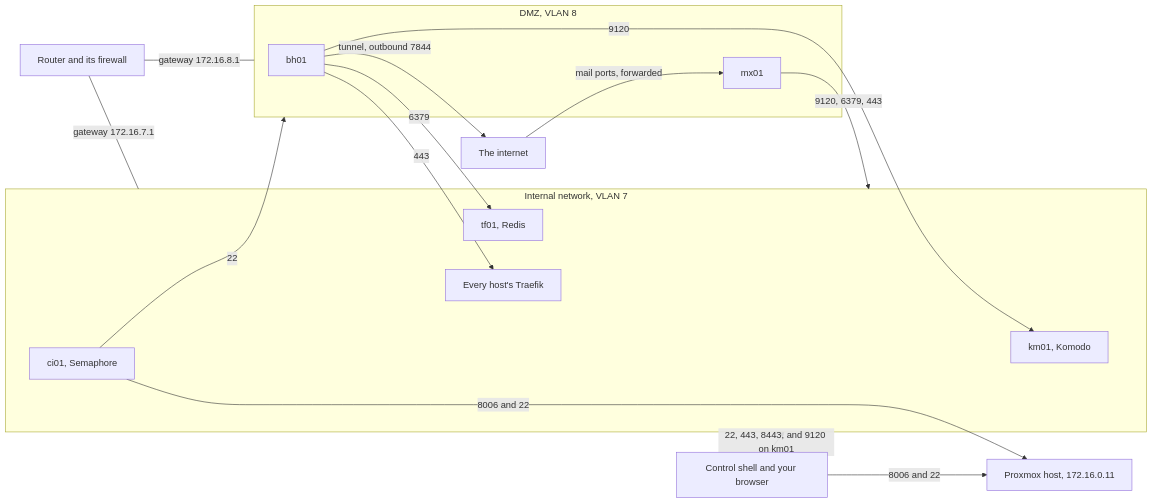
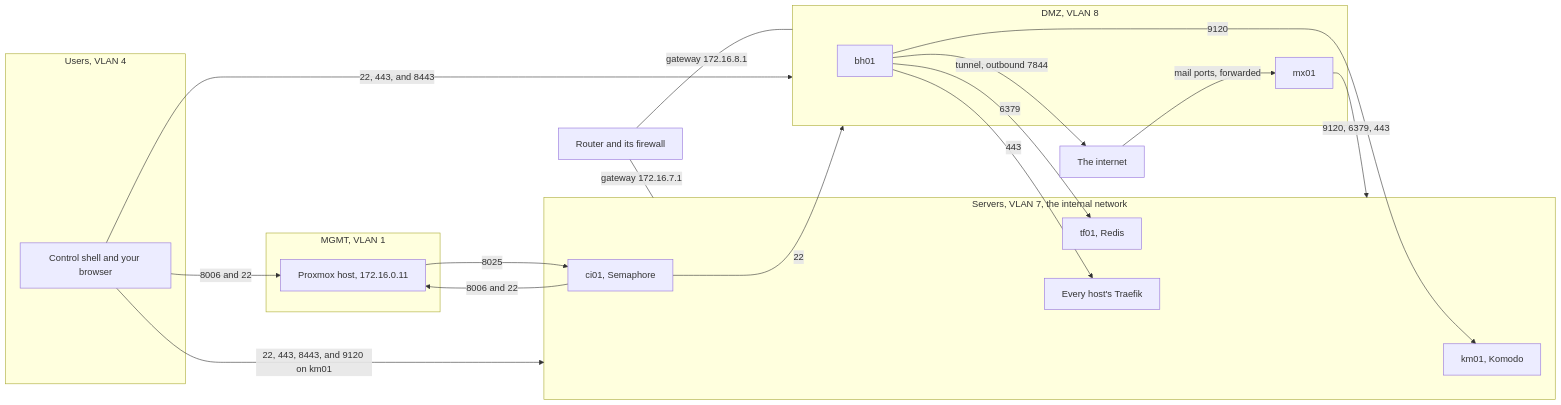
One commit to myah-mitchell/docs changed the diagram in content/fleet-bootstrap/concepts/the-network.md. Above: the diagram before and after it, drawn with Mermaid. The commit also changed other lines of this file and 3 other files, not shown here.

````diff
--- a/content/fleet-bootstrap/concepts/the-network.md
+++ b/content/fleet-bootstrap/concepts/the-network.md
@@ -89,29 +109,35 @@
 ```mermaid
 flowchart LR
-  shell[Control shell and your browser]
   internet[The internet]
   router[Router and its firewall]
-  proxmox[Proxmox host, 172.16.0.11]
-  subgraph internal[Internal network, VLAN 7]
+  subgraph users[Users, VLAN 4]
+    shell[Control shell and your browser]
+  end
+  subgraph mgmt[MGMT, VLAN 1]
+    proxmox[Proxmox host, 172.16.0.11]
+  end
+  subgraph internal[Servers, VLAN 7, the internal network]
     km01[km01, Komodo]
     ci01[ci01, Semaphore]
     tf01[tf01, Redis]
     web[Every host's Traefik]
   end
   subgraph dmz[DMZ, VLAN 8]
     bh01[bh01]
     mx01[mx01]
   end
   router ---|gateway 172.16.7.1| internal
   router ---|gateway 172.16.8.1| dmz
   shell -->|8006 and 22| proxmox
   shell -->|22, 443, 8443, and 9120 on km01| internal
+  shell -->|22, 443, and 8443| dmz
   ci01 -->|8006 and 22| proxmox
+  proxmox -->|8025| ci01
   ci01 -->|22| dmz
   bh01 -->|9120| km01
   bh01 -->|6379| tf01
   bh01 -->|443| web
   mx01 -->|9120, 6379, 443| internal
   bh01 -->|tunnel, outbound 7844| internet
   internet -->|mail ports, forwarded| mx01
 ```
````
